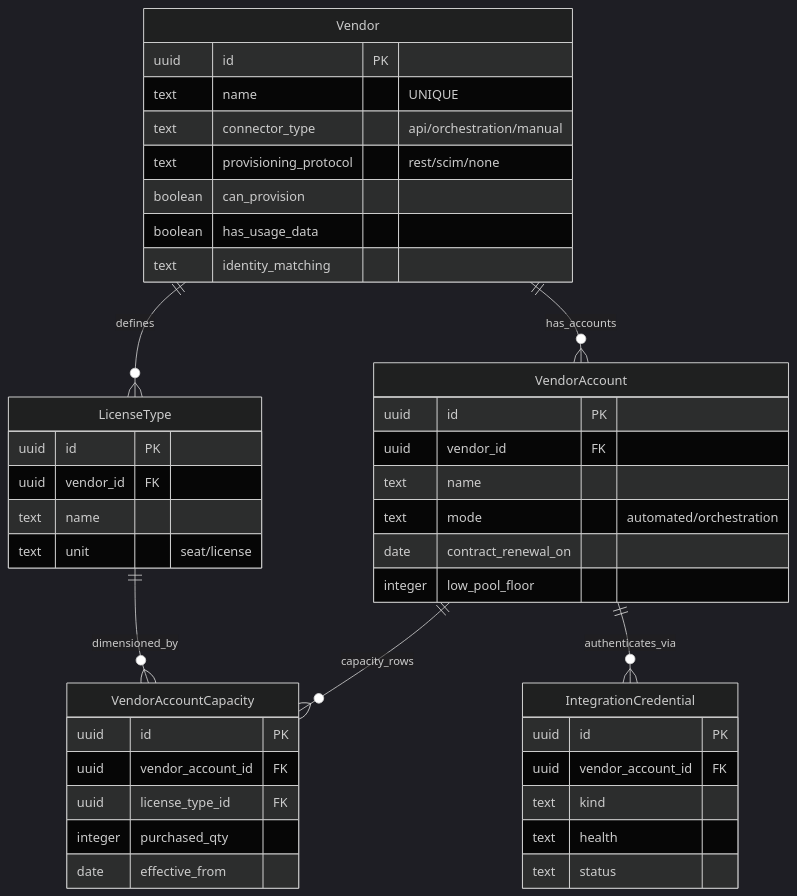
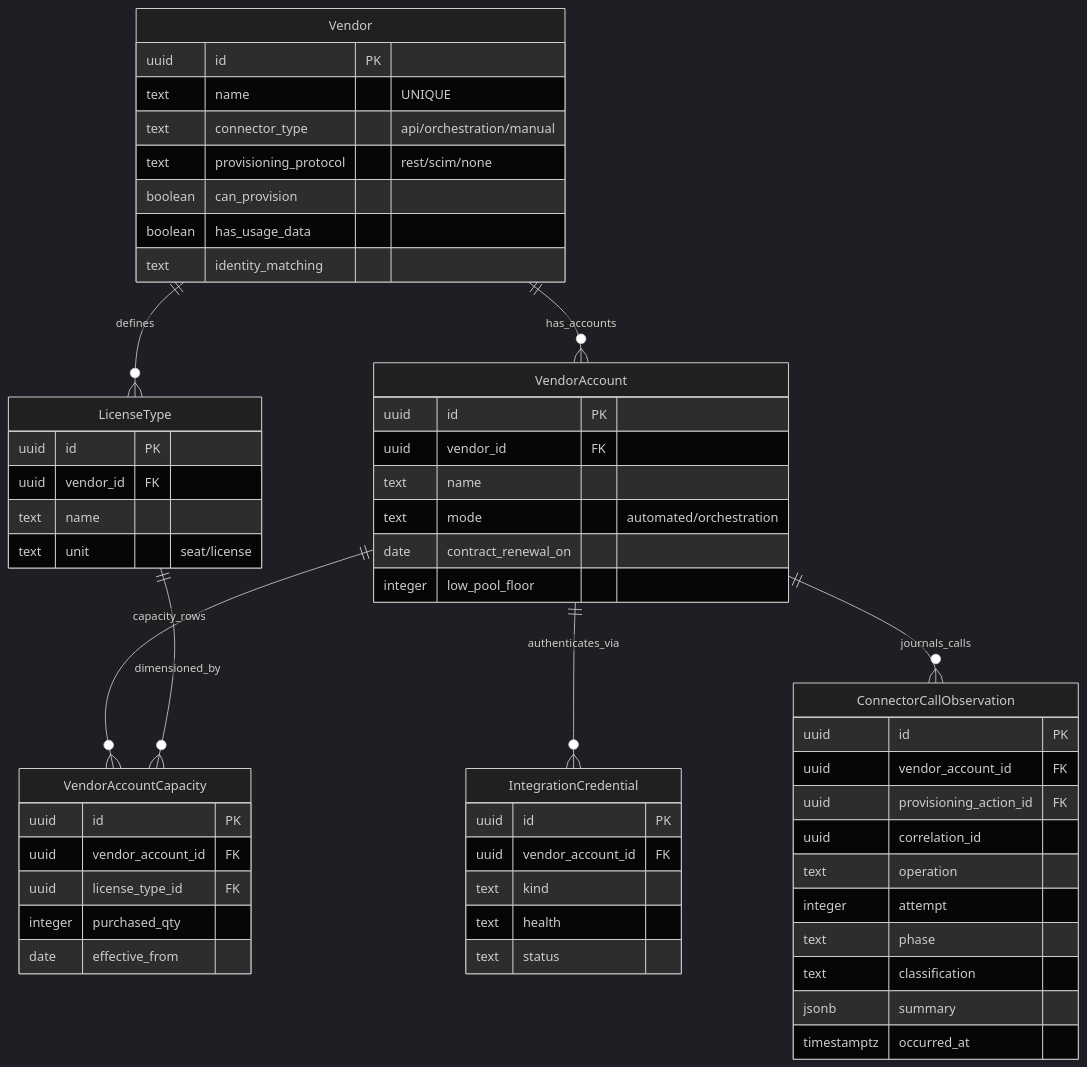
One commit to fcostudios/opensmp changed the second of 5 diagrams in docs/specs/04_er_model.md. Above: the diagram before and after it, drawn with Mermaid (dark theme). The commit also changed other lines of this file and 16 other files, not shown here.

````diff
--- a/docs/specs/04_er_model.md
+++ b/docs/specs/04_er_model.md
@@ -716,45 +739,58 @@
 ```mermaid
 erDiagram
     Vendor ||--o{ VendorAccount : "has_accounts"
     Vendor ||--o{ LicenseType : "defines"
     VendorAccount ||--o{ VendorAccountCapacity : "capacity_rows"
     LicenseType ||--o{ VendorAccountCapacity : "dimensioned_by"
     VendorAccount ||--o{ IntegrationCredential : "authenticates_via"
+    VendorAccount ||--o{ ConnectorCallObservation : "journals_calls"
     Vendor {
         uuid id PK
         text name "UNIQUE"
         text connector_type "api/orchestration/manual"
         text provisioning_protocol "rest/scim/none"
         boolean can_provision
         boolean has_usage_data
         text identity_matching
     }
     VendorAccount {
         uuid id PK
         uuid vendor_id FK
         text name
         text mode "automated/orchestration"
         date contract_renewal_on
         integer low_pool_floor
     }
     VendorAccountCapacity {
         uuid id PK
         uuid vendor_account_id FK
         uuid license_type_id FK
         integer purchased_qty
         date effective_from
     }
     LicenseType {
         uuid id PK
         uuid vendor_id FK
         text name
         text unit "seat/license"
     }
     IntegrationCredential {
         uuid id PK
         uuid vendor_account_id FK
         text kind
         text health
         text status
     }
+    ConnectorCallObservation {
+        uuid id PK
+        uuid vendor_account_id FK
+        uuid provisioning_action_id FK
+        uuid correlation_id
+        text operation
+        integer attempt
+        text phase
+        text classification
+        jsonb summary
+        timestamptz occurred_at
+    }
 ```
````
